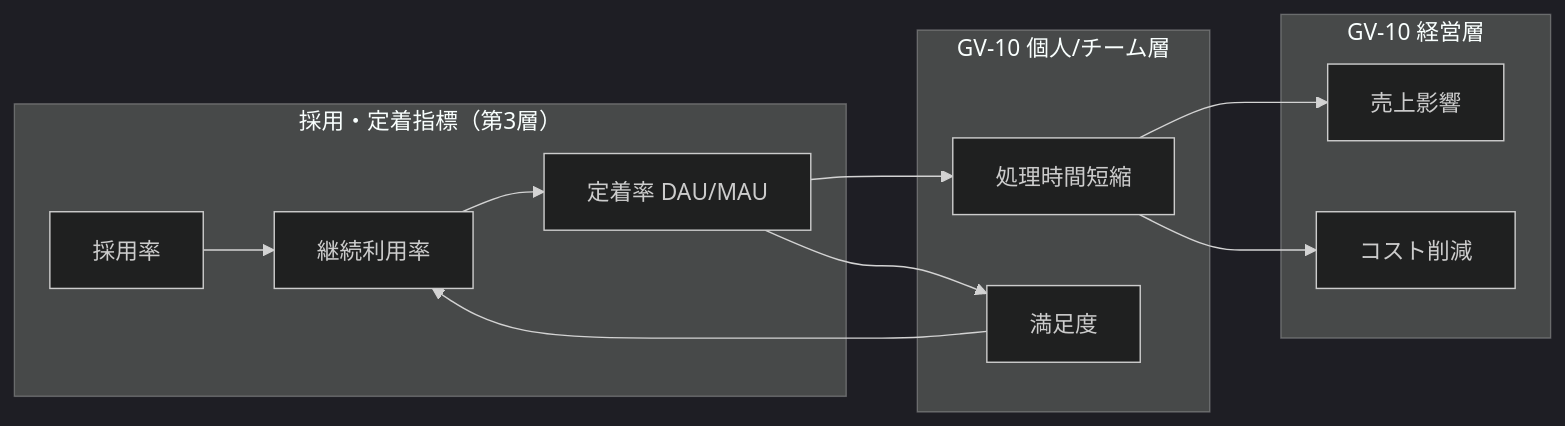
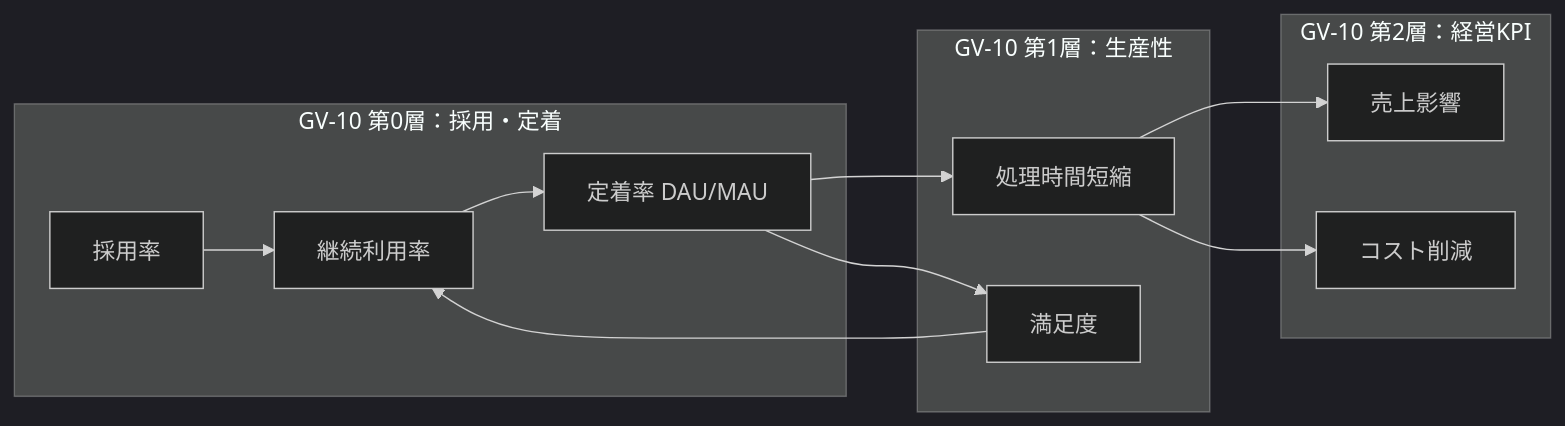
Before and after one commit to shibuiwilliam/enterprise-agent-reference-architectures: the first of 2 diagrams in docs/integration/adoption.md, drawn with Mermaid (dark theme). The commit also changed other lines of this file and 17 other files, not shown here.

````diff
--- a/docs/integration/adoption.md
+++ b/docs/integration/adoption.md
@@ -27,25 +27,25 @@
 ```mermaid
 flowchart LR
-    subgraph Adoption["採用・定着指標（第3層）"]
+    subgraph Layer0["GV-10 第0層：採用・定着"]
         AR["採用率"]
         RR["継続利用率"]
         ST["定着率 DAU/MAU"]
     end
 
-    subgraph GV10_L1["GV-10 個人/チーム層"]
+    subgraph Layer1["GV-10 第1層：生産性"]
         TIME["処理時間短縮"]
         SAT["満足度"]
     end
 
-    subgraph GV10_L2["GV-10 経営層"]
+    subgraph Layer2["GV-10 第2層：経営KPI"]
         REV["売上影響"]
         COST["コスト削減"]
     end
 
     AR --> RR --> ST
     ST --> TIME
     ST --> SAT
     TIME --> REV
     SAT --> RR
     TIME --> COST
 ```
````
